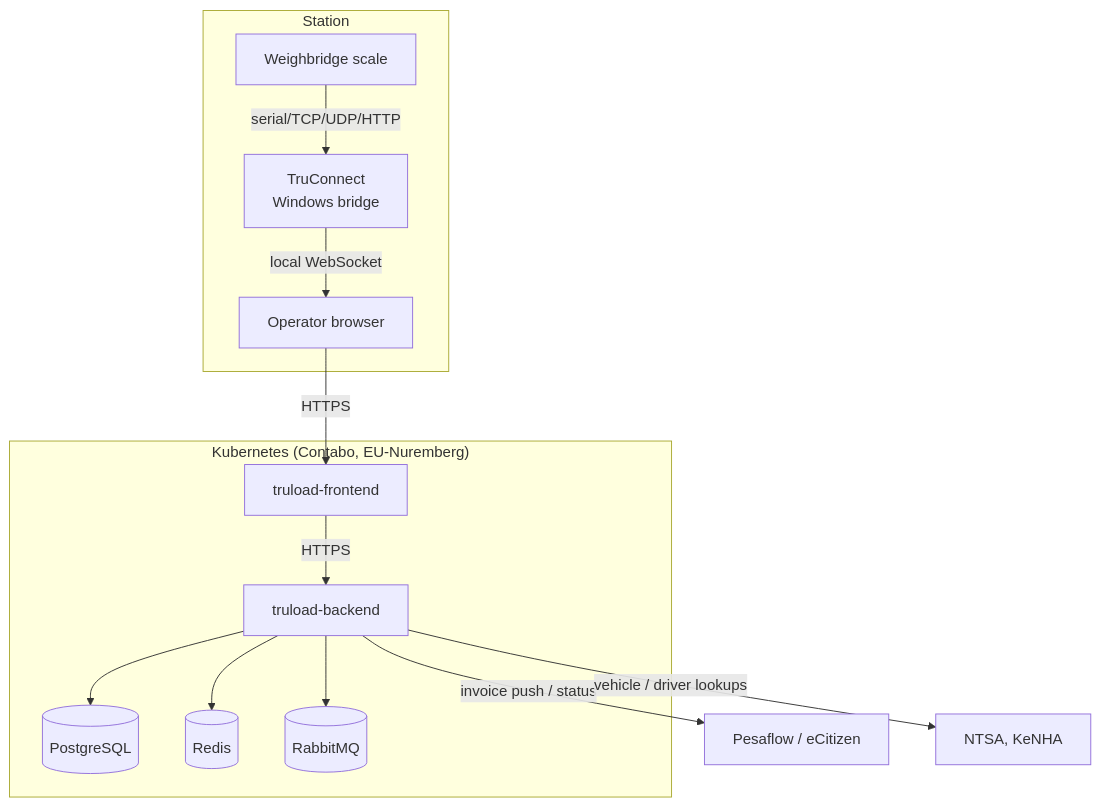
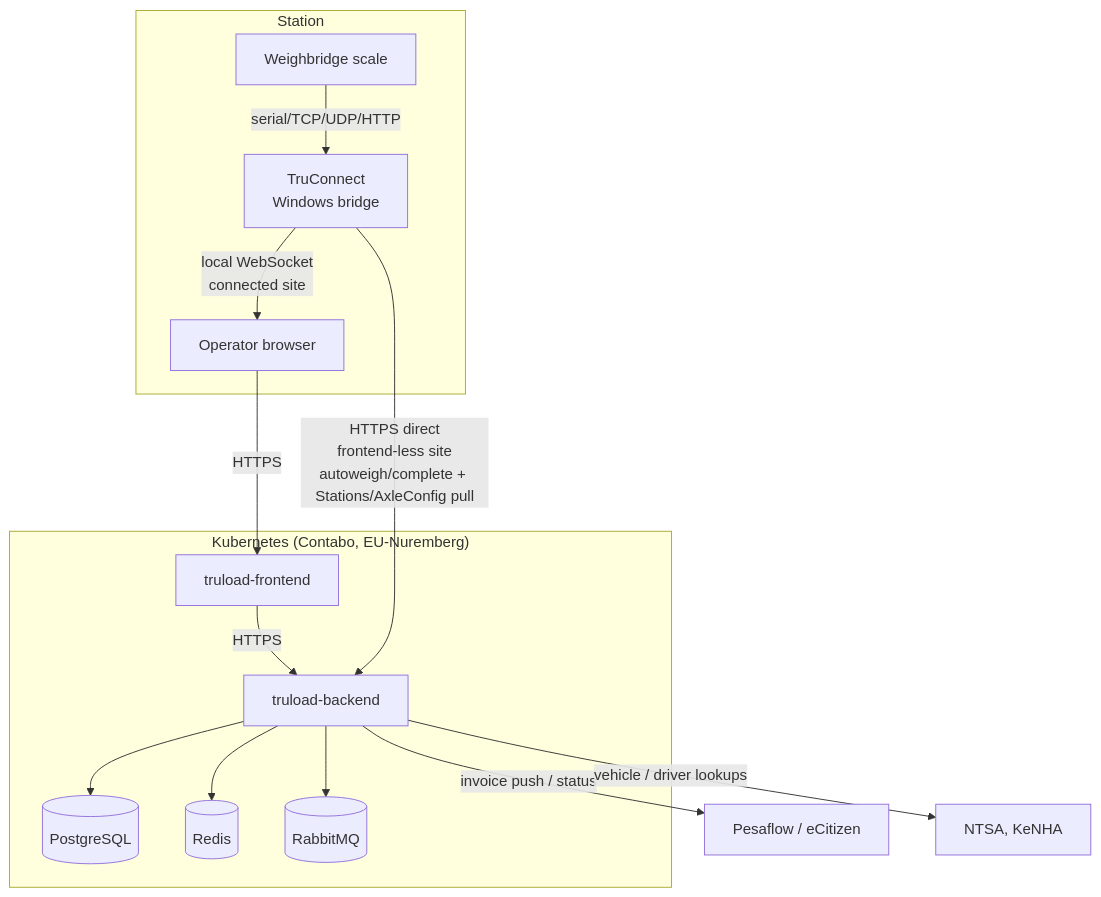
Before and after one commit to Bengo-Hub/truload-docs: the diagram in docs/technical/architecture.md, drawn with Mermaid. The commit also changed other lines of this file and 1 other file, not shown here.

First line of the commit message:
docs(technical): document TruConnect's direct-to-backend path alongside the browser path

````diff
--- a/docs/technical/architecture.md
+++ b/docs/technical/architecture.md
@@ -5,27 +15,28 @@
 ```mermaid
 flowchart TD
   subgraph Station
     scale[Weighbridge scale]
     tc[TruConnect<br/>Windows bridge]
     browser[Operator browser]
     scale -->|serial/TCP/UDP/HTTP| tc
-    tc -->|local WebSocket| browser
+    tc -->|local WebSocket<br/>connected site| browser
   end
 
   subgraph Cluster["Kubernetes (Contabo, EU-Nuremberg)"]
     fe[truload-frontend]
     be[truload-backend]
     pg[(PostgreSQL)]
     rd[(Redis)]
     mq[(RabbitMQ)]
   end
 
   browser -->|HTTPS| fe
   fe -->|HTTPS| be
+  tc -->|HTTPS direct<br/>frontend-less site<br/>autoweigh/complete + Stations/AxleConfig pull| be
   be --> pg
   be --> rd
   be --> mq
 
   be -->|invoice push / status| pf[Pesaflow / eCitizen]
   be -->|vehicle / driver lookups| ntsa[NTSA, KeNHA]
 ```
````
